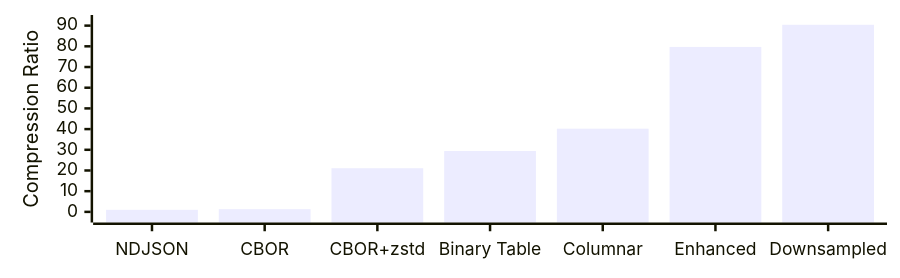
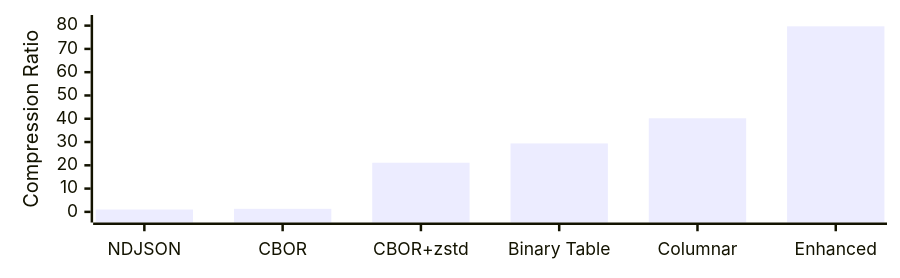
Before and after one commit to flash1293/squeezed-signals: the first of 3 diagrams in README.md, drawn with Mermaid.

Commit message:
adjust chart

````diff
--- a/README.md
+++ b/README.md
@@ -10,14 +10,14 @@
 ```mermaid
 ---
 config:
   xyChart:
     height: 200
   themeVariables:
     xyChart:
       backgroundColor: "transparent"
 ---
 xychart-beta
-  x-axis ["NDJSON", "CBOR", "CBOR+zstd", "Binary Table", "Columnar", "Enhanced", "Downsampled"]
-  y-axis "Compression Ratio" 0 --> 90
-  bar [1, 1.3, 21.1, 29.4, 40.2, 79.7, 90.4]
+  x-axis ["NDJSON", "CBOR", "CBOR+zstd", "Binary Table", "Columnar", "Enhanced"]
+  y-axis "Compression Ratio" 0 --> 80
+  bar [1, 1.3, 21.1, 29.4, 40.2, 79.7]
 ```
````
